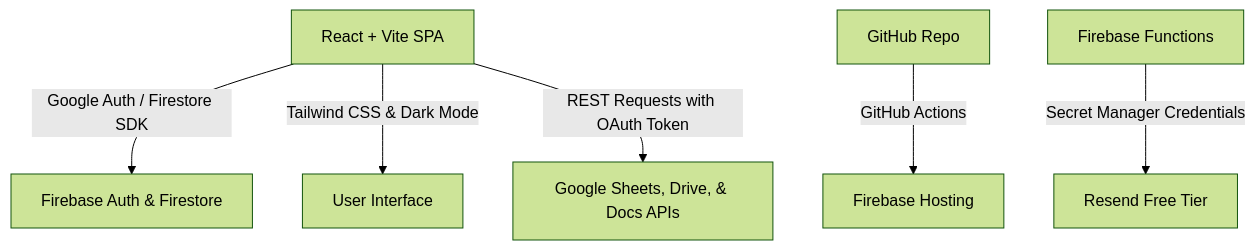
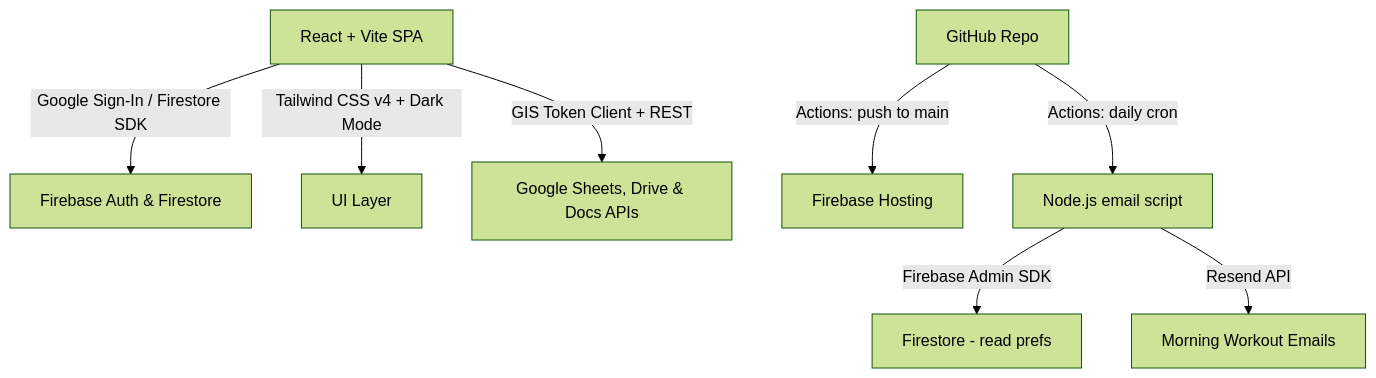
Before and after one commit to themindfuldev/consultoria: the diagram in docs/design_doc.md, drawn with Mermaid (forest theme). The commit also changed other lines of this file, not shown here.

First line of the commit message:
docs: overhaul design doc with full schema and architecture decisions

````diff
--- a/docs/design_doc.md
+++ b/docs/design_doc.md
@@ -19,8 +20,10 @@
 ```mermaid
 graph TD
-    Client[React + Vite SPA] -->|Google Auth / Firestore SDK| Firebase[Firebase Auth & Firestore]
-    Client -->|Tailwind CSS & Dark Mode| UI[User Interface]
-    Client -->|REST Requests with OAuth Token| GoogleAPIs[Google Sheets, Drive, & Docs APIs]
-    GitHub[GitHub Repo] -->|GitHub Actions| FirebaseHosting[Firebase Hosting]
-    Cron[Firebase Functions] -->|Secret Manager Credentials| Resend[Resend Free Tier]
+    Client[React + Vite SPA] -->|Google Sign-In / Firestore SDK| Firebase[Firebase Auth & Firestore]
+    Client -->|Tailwind CSS v4 + Dark Mode| UI[UI Layer]
+    Client -->|GIS Token Client + REST| GoogleAPIs[Google Sheets, Drive & Docs APIs]
+    GitHub[GitHub Repo] -->|Actions: push to main| FirebaseHosting[Firebase Hosting]
+    GitHub -->|Actions: daily cron| EmailCron[Node.js email script]
+    EmailCron -->|Firebase Admin SDK| Firestore2[Firestore - read prefs]
+    EmailCron -->|Resend API| Email[Morning Workout Emails]
 ```
````
